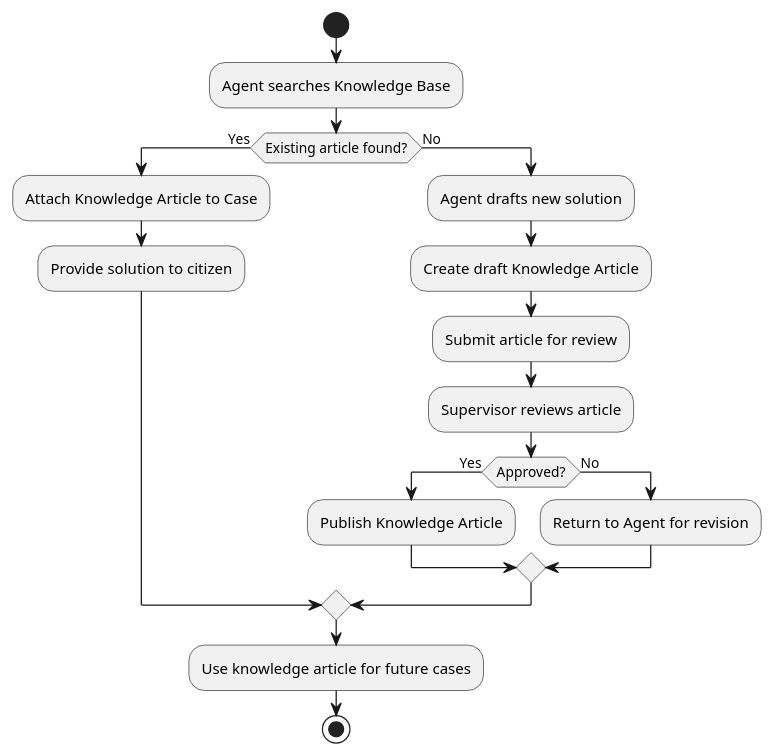
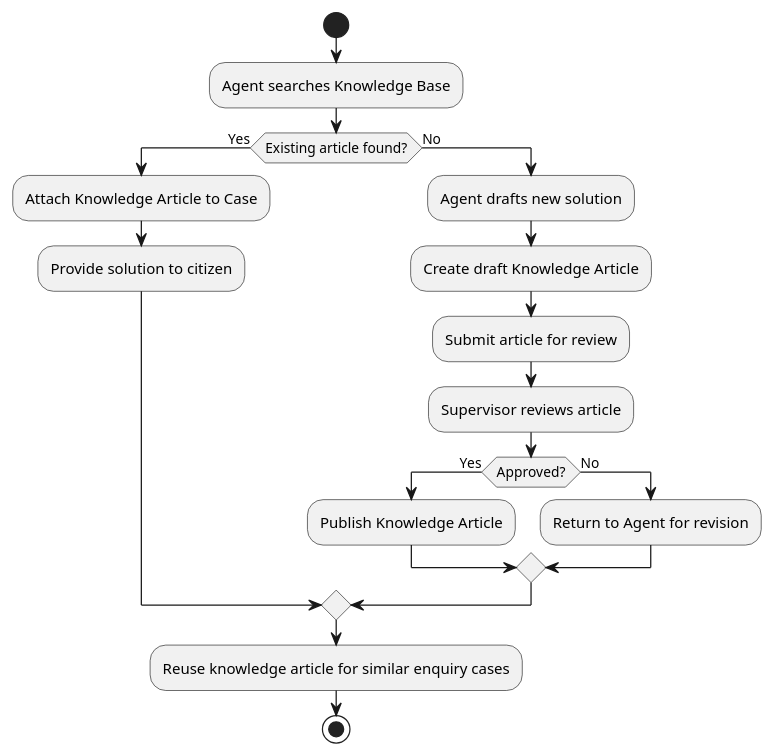
Before and after one commit to jimmytobing/virtusa: the diagram in puml task2/5. Knowledge Management Lifecycle.puml, drawn with PlantUML. The commit also changed 31 other files, not shown here.

```diff
--- a/puml task2/5. Knowledge Management Lifecycle.puml
+++ b/puml task2/5. Knowledge Management Lifecycle.puml
@@ -1,25 +1,25 @@
 @startuml
 start
 
 :Agent searches Knowledge Base;
 
 if (Existing article found?) then (Yes)
   :Attach Knowledge Article to Case;
   :Provide solution to citizen;
 else (No)
   :Agent drafts new solution;
   :Create draft Knowledge Article;
   :Submit article for review;
   :Supervisor reviews article;
 
   if (Approved?) then (Yes)
     :Publish Knowledge Article;
   else (No)
     :Return to Agent for revision;
   endif
 endif
 
-:Use knowledge article for future cases;
+:Reuse knowledge article for similar enquiry cases;
 
 stop
 @enduml
```
